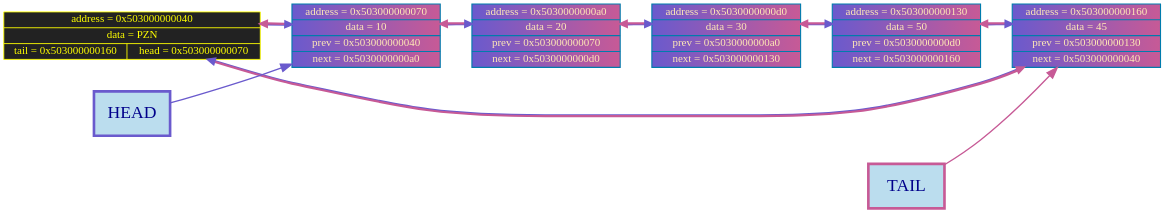
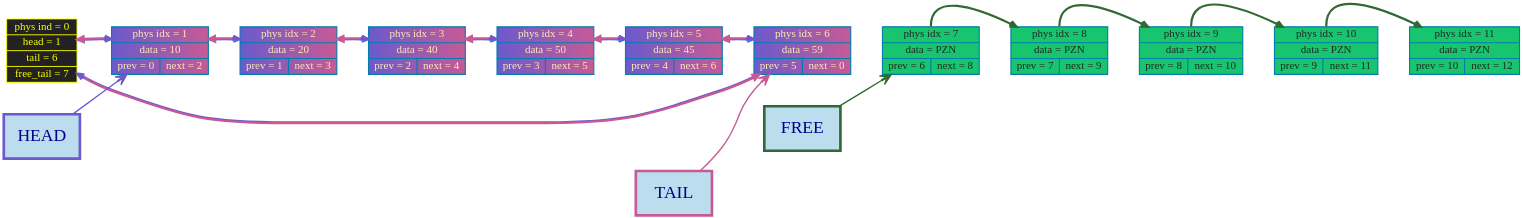
One commit to timoko3/list changed the diagram in graphDumps/graphDump.dot. Above: the diagram before and after it, drawn with Graphviz. The commit also changed 1149 other files, not shown here.

```diff
--- a/graphDumps/graphDump.dot
+++ b/graphDumps/graphDump.dot
@@ -1,34 +1,62 @@
 digraph G {
 rankdir=LR
 bgcolor="transparent"
 nodesep = 1;
 ranksep = 1
 	node [shape=record, style="filled", fillcolor="#FFA089", fontcolor="black", color="#007CAD", penwidth=2.5, fontname="Tahoma", fontsize=25];
 
-node64 [label="address = 0x503000000040 | data = PZN | {tail = 0x503000000160 | head = 0x503000000070} ", shape=record, style="filled", fillcolor="#222222", fontcolor="yellow", color="yellow", penwidth=2];
-	node112 [label="address = 0x503000000070 | data = 10 | prev = 0x503000000040 | next = 0x5030000000a0 "];
-	node160 [label="address = 0x5030000000a0 | data = 20 | prev = 0x503000000070 | next = 0x5030000000d0 "];
-	node208 [label="address = 0x5030000000d0 | data = 30 | prev = 0x5030000000a0 | next = 0x503000000130 "];
-	node304 [label="address = 0x503000000130 | data = 50 | prev = 0x5030000000d0 | next = 0x503000000160 "];
-	node352 [label="address = 0x503000000160 | data = 45 | prev = 0x503000000130 | next = 0x503000000040 "];
+edge [color="#2d714f", arrowsize=1, penwidth=5, arrowhead="vee", style="bold"];
+node0 [label="phys ind = 0 | head = 1 | tail = 6 | free_tail = 7", shape=record, style="filled", fillcolor="#222222", fontcolor="yellow", color="yellow", penwidth=2];
+	node1 [label="phys idx = 1 | data = 10 | {prev = 0 | next = 2} "];
+	node2 [label="phys idx = 2 | data = 20 | {prev = 1 | next = 3} "];
+	node3 [label="phys idx = 3 | data = 40 | {prev = 2 | next = 4} "];
+	node4 [label="phys idx = 4 | data = 50 | {prev = 3 | next = 5} "];
+	node5 [label="phys idx = 5 | data = 45 | {prev = 4 | next = 6} "];
+	node6 [label="phys idx = 6 | data = 59 | {prev = 5 | next = 0} "];
+	node7 [label="phys idx = 7 | data = PZN | {prev = 6 | next = 8} "];
+	node8 [label="phys idx = 8 | data = PZN | {prev = 7 | next = 9} "];
+	node9 [label="phys idx = 9 | data = PZN | {prev = 8 | next = 10} "];
+	node10 [label="phys idx = 10 | data = PZN | {prev = 9 | next = 11} "];
+	node11 [label="phys idx = 11 | data = PZN | {prev = 10 | next = 12} "];
 
 head_label      [shape=box, width = 2.4, height = 1.4, label="HEAD", style="filled", fillcolor="#BBDDEE", color="#6A5ACD", penwidth = 6,  fontcolor="darkblue", fontsize = 40];
 tail_label      [shape=box, width = 2.4, height = 1.4, label="TAIL", style="filled", fillcolor="#BBDDEE", color="#c75a96ff", penwidth = 6,  fontcolor="darkblue", fontsize = 40];
-head_label      -> node112 [color="#6A5ACD"  , arrowsize=2.5, penwidth=3];
-tail_label      -> node352 [color="#c75a96ff"  , arrowsize=2.5, penwidth=3];
-	node64 -> node112[style=invis, weight = 100000];
-node112 -> node160 -> node208 -> node304 -> node352[style=invis, weight=1000000];
-	node112 [fillcolor = "#6A5ACD:#c75a96ff", fontcolor = "#ffe9b5ff"]
-node112 -> node160[color="#6A5ACD:#c75a96ff", arrowsize=1.5, penwidth=5, weight=1000, constraint=false, dir = both];
-node160 [fillcolor = "#6A5ACD:#c75a96ff", fontcolor = "#ffe9b5ff"]
-node160 -> node208[color="#6A5ACD:#c75a96ff", arrowsize=1.5, penwidth=5, weight=1000, constraint=false, dir = both];
-node208 [fillcolor = "#6A5ACD:#c75a96ff", fontcolor = "#ffe9b5ff"]
-node208 -> node304[color="#6A5ACD:#c75a96ff", arrowsize=1.5, penwidth=5, weight=1000, constraint=false, dir = both];
-node304 [fillcolor = "#6A5ACD:#c75a96ff", fontcolor = "#ffe9b5ff"]
-node304 -> node352[color="#6A5ACD:#c75a96ff", arrowsize=1.5, penwidth=5, weight=1000, constraint=false, dir = both];
-node352 [fillcolor = "#6A5ACD:#c75a96ff", fontcolor = "#ffe9b5ff"]
-node352 -> node64[color="#6A5ACD:#c75a96ff", arrowsize=1.5, penwidth=5, weight=1000, constraint=false, dir = both];
-node64 
-node64 -> node112[color="#6A5ACD:#c75a96ff", arrowsize=1.5, penwidth=5, weight=1000, constraint=false, dir = both];
+free_head_label [shape=box, width = 2.4, height = 1.4, label="FREE", style="filled", fillcolor="#BBDDEE", color="#326932", penwidth = 6,  fontcolor="darkblue", fontsize = 40];
+head_label      -> node1 [color="#6A5ACD"  , arrowsize=2.5, penwidth=3];
+tail_label      -> node6 [color="#c75a96ff"  , arrowsize=2.5, penwidth=3];
+free_head_label -> node7 [color="#326932"  , arrowsize=2.5, penwidth=3];
+node0 -> node1[style=invis, weight = 100000];
+	node1 -> node2 -> node3 -> node4 -> node5 -> node6 -> node7 -> node8 -> node9 -> node10 -> node11[style=invis, weight=1000000];
+	node0 -> node1[color="#6A5ACD:#c75a96ff", arrowsize=1.5, penwidth=5, weight=1000, constraint=false, dir = both];
+node1 [fillcolor = "#6A5ACD:#c75a96ff", fontcolor = "#ffe9b5ff"]
+node2 [fillcolor = "#6A5ACD:#c75a96ff", fontcolor = "#ffe9b5ff"]
+node1 -> node2[color="#6A5ACD:#c75a96ff", arrowsize=1.5, penwidth=5, weight=1000, constraint=false, dir = both];
+node2 [fillcolor = "#6A5ACD:#c75a96ff", fontcolor = "#ffe9b5ff"]
+node3 [fillcolor = "#6A5ACD:#c75a96ff", fontcolor = "#ffe9b5ff"]
+node2 -> node3[color="#6A5ACD:#c75a96ff", arrowsize=1.5, penwidth=5, weight=1000, constraint=false, dir = both];
+node3 [fillcolor = "#6A5ACD:#c75a96ff", fontcolor = "#ffe9b5ff"]
+node4 [fillcolor = "#6A5ACD:#c75a96ff", fontcolor = "#ffe9b5ff"]
+node3 -> node4[color="#6A5ACD:#c75a96ff", arrowsize=1.5, penwidth=5, weight=1000, constraint=false, dir = both];
+node4 [fillcolor = "#6A5ACD:#c75a96ff", fontcolor = "#ffe9b5ff"]
+node5 [fillcolor = "#6A5ACD:#c75a96ff", fontcolor = "#ffe9b5ff"]
+node4 -> node5[color="#6A5ACD:#c75a96ff", arrowsize=1.5, penwidth=5, weight=1000, constraint=false, dir = both];
+node5 [fillcolor = "#6A5ACD:#c75a96ff", fontcolor = "#ffe9b5ff"]
+node6 [fillcolor = "#6A5ACD:#c75a96ff", fontcolor = "#ffe9b5ff"]
+node5 -> node6[color="#6A5ACD:#c75a96ff", arrowsize=1.5, penwidth=5, weight=1000, constraint=false, dir = both];
+node6 [fillcolor = "#6A5ACD:#c75a96ff", fontcolor = "#ffe9b5ff"]
+node6 -> node0[color="#6A5ACD:#c75a96ff", arrowsize=1.5, penwidth=5, weight=1000, constraint=false, dir = both];
+node7 [fillcolor = "#16c56eff", fontcolor = "#222926ff"]
+node8 [fillcolor = "#16c56eff", fontcolor = "#222926ff"]
+node7 -> node8[color="#326932", arrowsize=1.5, penwidth=5, weight=1000, constraint=false, tailport = n];
+node8 [fillcolor = "#16c56eff", fontcolor = "#222926ff"]
+node9 [fillcolor = "#16c56eff", fontcolor = "#222926ff"]
+node8 -> node9[color="#326932", arrowsize=1.5, penwidth=5, weight=1000, constraint=false, tailport = n];
+node9 [fillcolor = "#16c56eff", fontcolor = "#222926ff"]
+node10 [fillcolor = "#16c56eff", fontcolor = "#222926ff"]
+node9 -> node10[color="#326932", arrowsize=1.5, penwidth=5, weight=1000, constraint=false, tailport = n];
+node10 [fillcolor = "#16c56eff", fontcolor = "#222926ff"]
+node11 [fillcolor = "#16c56eff", fontcolor = "#222926ff"]
+node10 -> node11[color="#326932", arrowsize=1.5, penwidth=5, weight=1000, constraint=false, tailport = n];
+node11 [fillcolor = "#16c56eff", fontcolor = "#222926ff"]
 
 }
```
